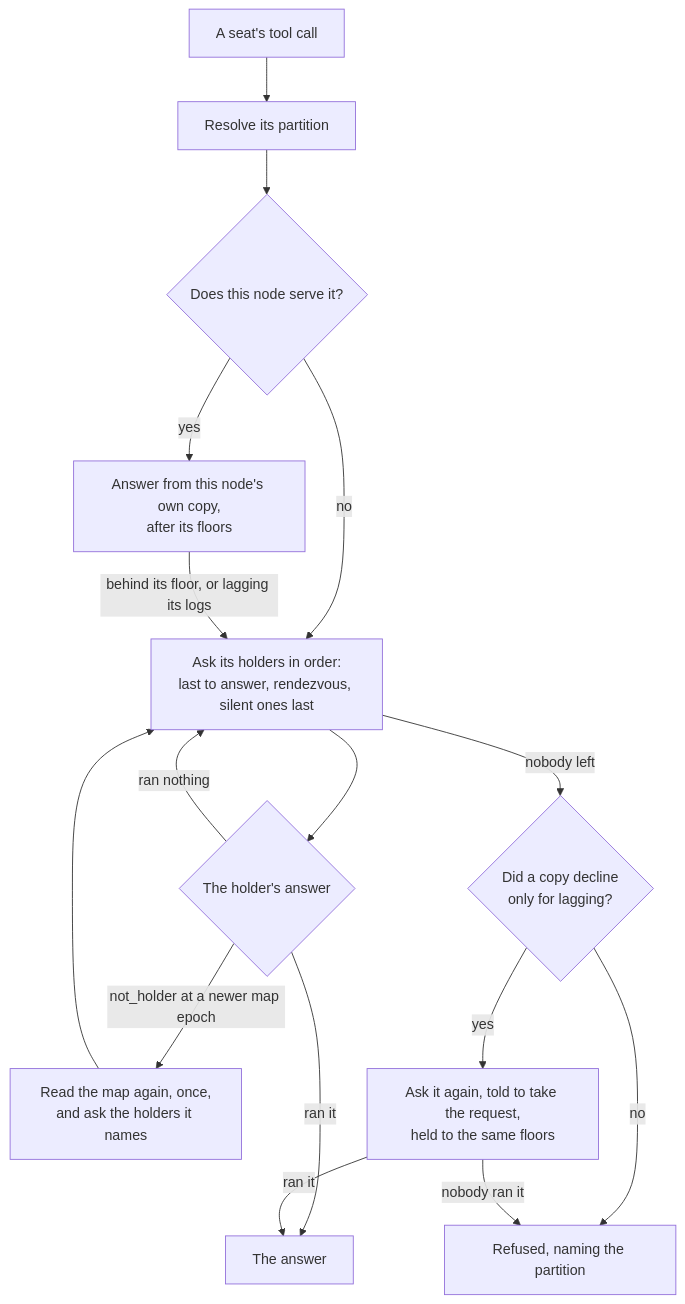
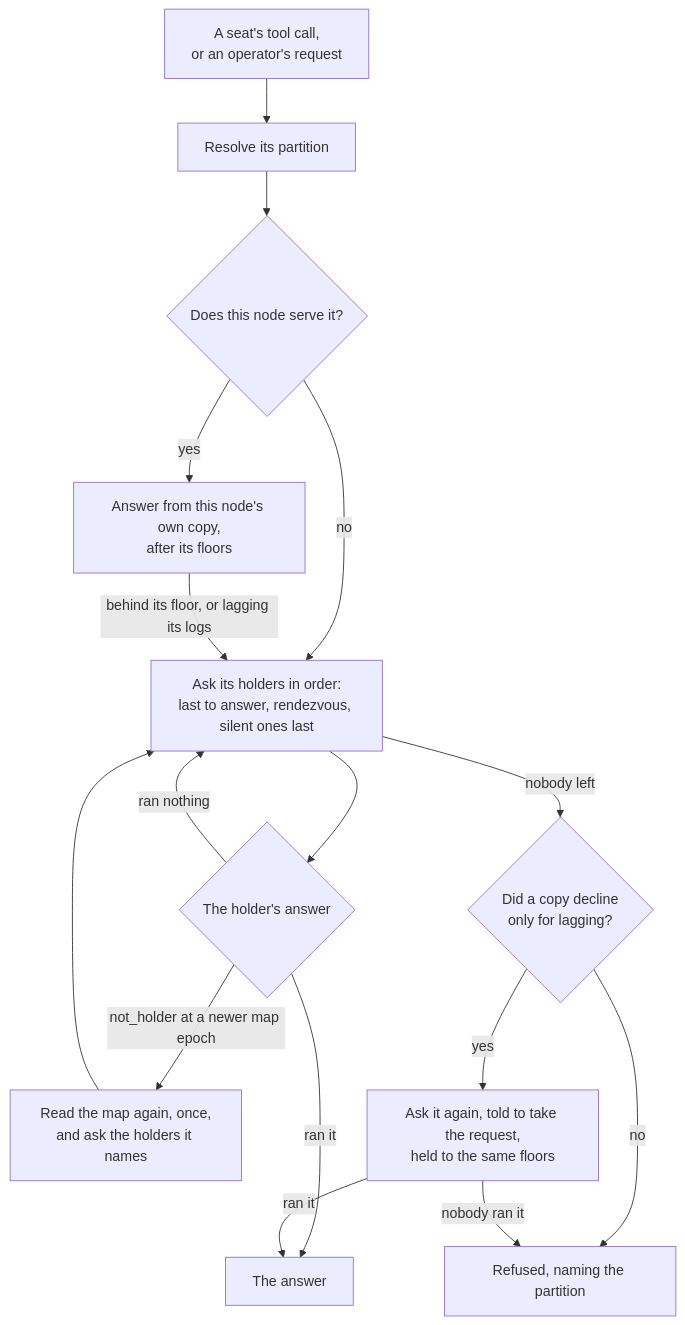
One commit to crewlet/crewlet changed the second of 2 diagrams in docs/concepts/estate-placement.md. Above: the diagram before and after it, drawn with Mermaid. The commit also changed other lines of this file and 19 other files, not shown here.

````diff
--- a/docs/concepts/estate-placement.md
+++ b/docs/concepts/estate-placement.md
@@ -73,18 +77,18 @@
 ```mermaid
 flowchart TD
-    op[A seat's tool call] --> part[Resolve its partition]
+    op[A seat's tool call,<br/>or an operator's request] --> part[Resolve its partition]
     part --> local{Does this node serve it?}
     local -- yes --> own[Answer from this node's own copy,<br/>after its floors]
     local -- no --> order[Ask its holders in order:<br/>last to answer, rendezvous, silent ones last]
     own -- behind its floor, or lagging its logs --> order
     order --> reply{The holder's answer}
     reply -- ran it --> done[The answer]
     reply -- not_holder at a newer map epoch --> refresh[Read the map again, once,<br/>and ask the holders it names]
     reply -- ran nothing --> order
     refresh --> order
     order -- nobody left --> lagging{Did a copy decline<br/>only for lagging?}
     lagging -- yes --> last[Ask it again, told to take the request,<br/>held to the same floors]
     last -- ran it --> done
     lagging -- no --> unserved[Refused, naming the partition]
     last -- nobody ran it --> unserved
 ```
````
